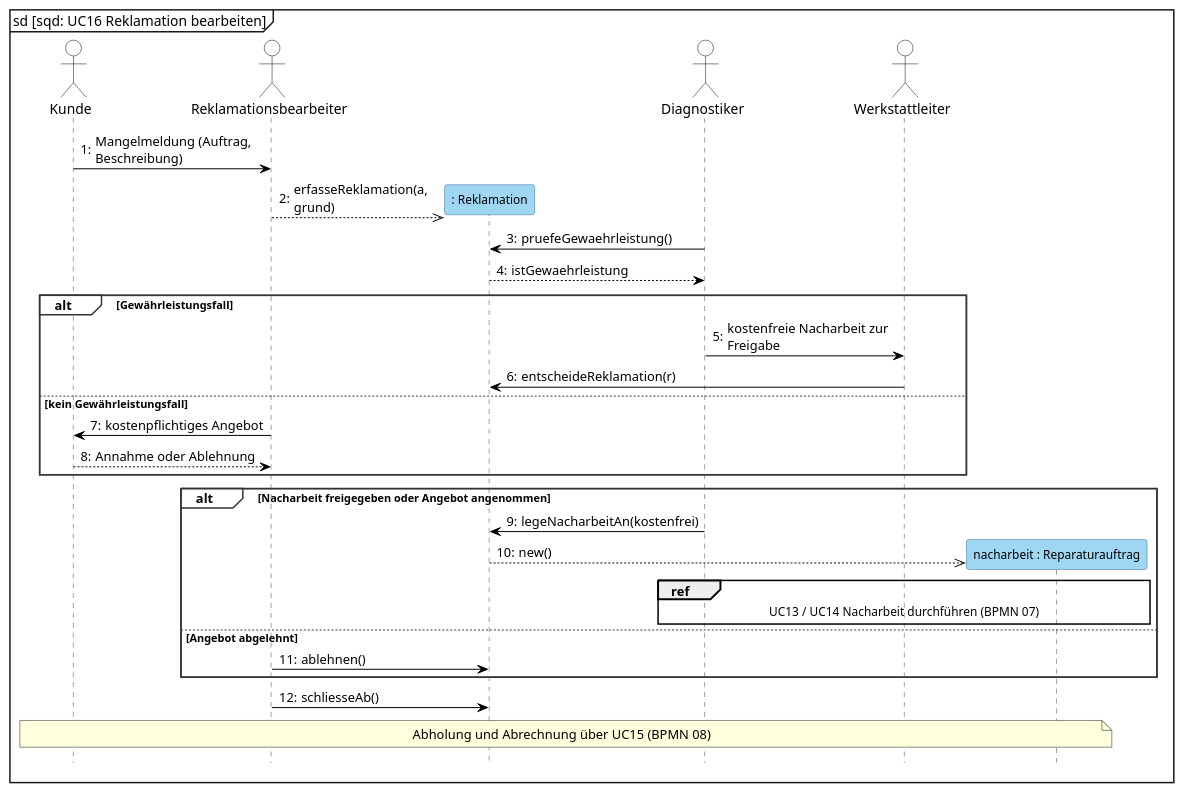
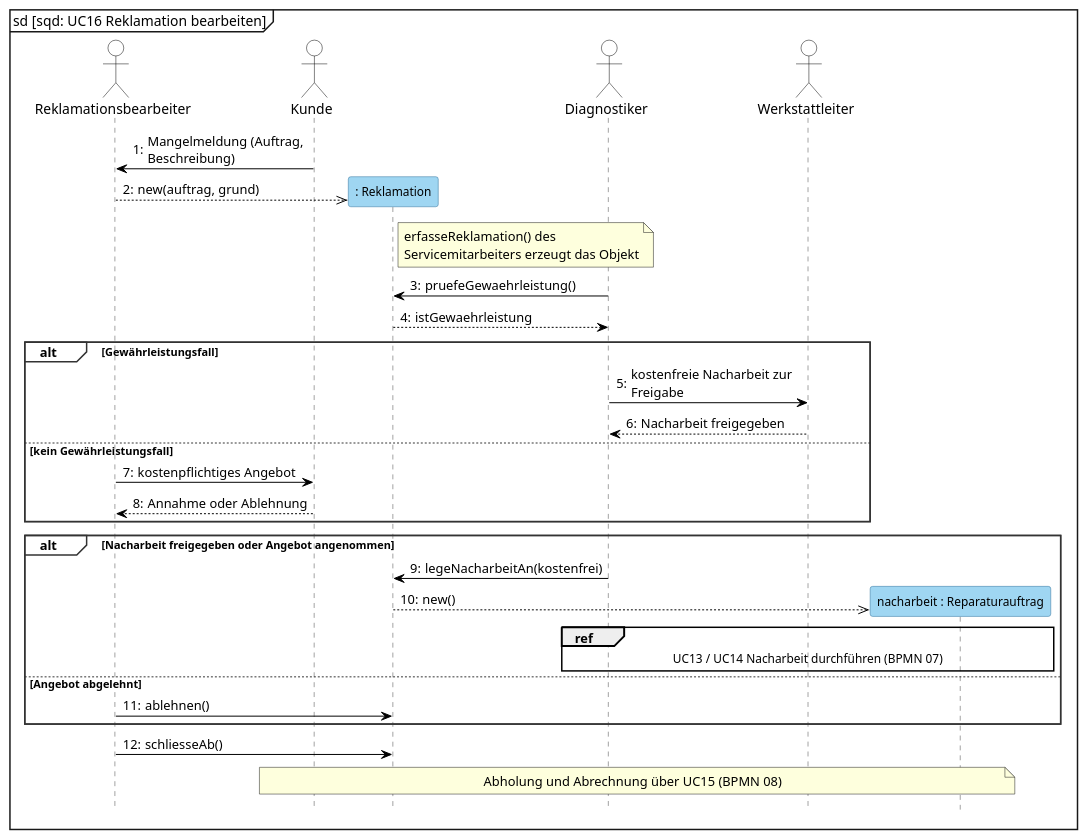
One commit to jakobschwan123-cmd/casestudy-semester-3 changed the diagram in 2_uml/entwurf-plantuml/sequenz-05-reklamation.puml. Above: the diagram before and after it, drawn with PlantUML. The commit also changed 5 other files, not shown here.

First line of the commit message:
[T05 2026-10-15] fix: consistency check of doc, BPMN, UML and slides; SD2/SD5 templates

```diff
--- a/2_uml/entwurf-plantuml/sequenz-05-reklamation.puml
+++ b/2_uml/entwurf-plantuml/sequenz-05-reklamation.puml
@@ -1,54 +1,55 @@
 @startuml
 ' BPMN: p09-reklamation.bpmn. Kernablauf: Mangel prüfen, Gewährleistung oder Angebot, Nacharbeitsauftrag, Abschluss.
 ' Darstellung wie in Visual Paradigm: Objekterzeugung als gestrichelter Pfeil auf den Kopfkasten (Kasten sitzt auf Nachrichtenhöhe, VL 6 Folie 5-70), kein <<create>>-Text.
 mainframe sd [sqd: UC16 Reklamation bearbeiten]
 skinparam defaultFontName Arial
 skinparam sequenceMessageAlign left
 skinparam maxMessageSize 170
 skinparam shadowing false
 skinparam sequence {
   ParticipantBackgroundColor #9FD6F2
   ParticipantBorderColor #2E6E99
   ParticipantFontSize 12
   ActorBackgroundColor white
   ActorBorderColor black
   LifeLineBorderColor #444444
   LifeLineBackgroundColor #9FD6F2
   GroupBorderColor #333333
   GroupBackgroundColor white
   GroupHeaderFontStyle bold
   ArrowColor black
 }
 hide footbox
 autonumber "0:"
 
+actor Reklamationsbearbeiter as SM
 actor Kunde
-actor Reklamationsbearbeiter as SM
 participant ": Reklamation" as REK
 actor Diagnostiker
 actor Werkstattleiter as WL
 participant "nacharbeit : Reparaturauftrag" as NA
 
 Kunde -> SM : Mangelmeldung (Auftrag, Beschreibung)
 create REK
-SM -->> REK : erfasseReklamation(a, grund)
+SM -->> REK : new(auftrag, grund)
+note right of REK : erfasseReklamation() des\nServicemitarbeiters erzeugt das Objekt
 Diagnostiker -> REK : pruefeGewaehrleistung()
 REK --> Diagnostiker : istGewaehrleistung
 alt Gewährleistungsfall
     Diagnostiker -> WL : kostenfreie Nacharbeit zur Freigabe
-    WL -> REK : entscheideReklamation(r)
+    WL --> Diagnostiker : Nacharbeit freigegeben
 else kein Gewährleistungsfall
     SM -> Kunde : kostenpflichtiges Angebot
     Kunde --> SM : Annahme oder Ablehnung
 end
 alt Nacharbeit freigegeben oder Angebot angenommen
     Diagnostiker -> REK : legeNacharbeitAn(kostenfrei)
     create NA
     REK -->> NA : new()
     ref over Diagnostiker, NA : UC13 / UC14 Nacharbeit durchführen (BPMN 07)
 else Angebot abgelehnt
     SM -> REK : ablehnen()
 end
 SM -> REK : schliesseAb()
 note over Kunde, NA : Abholung und Abrechnung über UC15 (BPMN 08)
 @enduml
```
